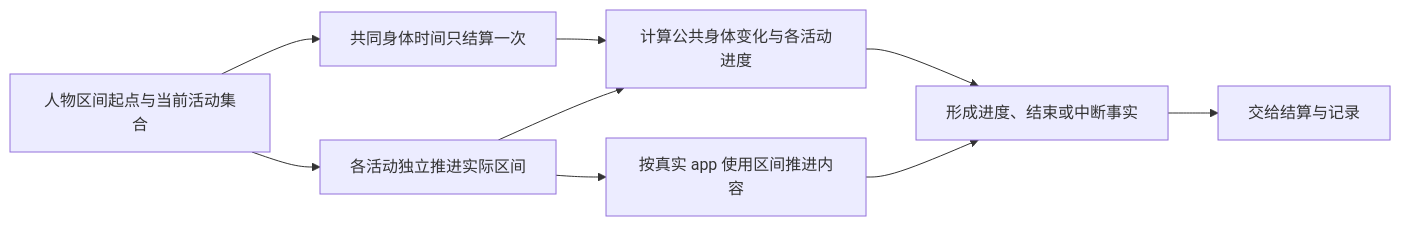
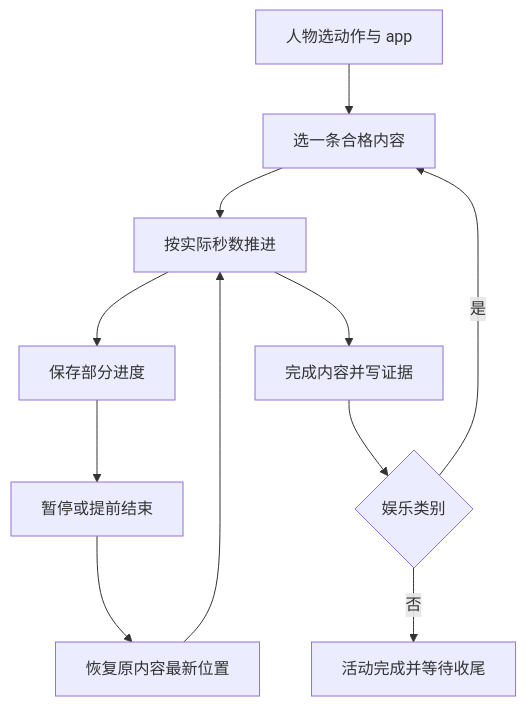
The sixth of 7 diagrams in docs/design/04-simulation-engine.md (HoldThatThgt/WorldMock), drawn with Mermaid before and after one commit. The commit also changed other lines of this file and 289 other files, not shown here.

````diff
--- a/docs/design/04-simulation-engine.md
+++ b/docs/design/04-simulation-engine.md
@@ -656,11 +560,13 @@
 ```mermaid
-flowchart LR
-    I[人物区间起点与当前活动集合] --> B[共同身体时间只结算一次]
-    I --> A[各活动独立推进实际区间]
-    B --> P[计算公共身体变化与各活动进度]
-    A --> P
-    A --> C[按真实 app 使用区间推进内容]
-    P --> E[形成进度、结束或中断事实]
-    C --> E
-    E --> S[交给结算与记录]
+flowchart TD
+    Start[人物选动作与 app] --> Choose[选一条合格内容]
+    Choose --> Run[按实际秒数推进]
+    Run --> Partial[保存部分进度]
+    Run --> Complete[完成内容并写证据]
+    Complete --> Kind{娱乐类别}
+    Kind -->|是| Choose
+    Kind -->|否| End[活动完成并等待收尾]
+    Partial --> Pause[暂停或提前结束]
+    Pause --> Resume[恢复原内容最新位置]
+    Resume --> Run
 ```
````
